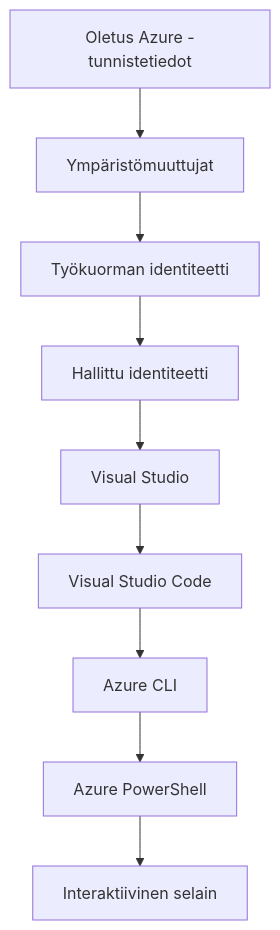
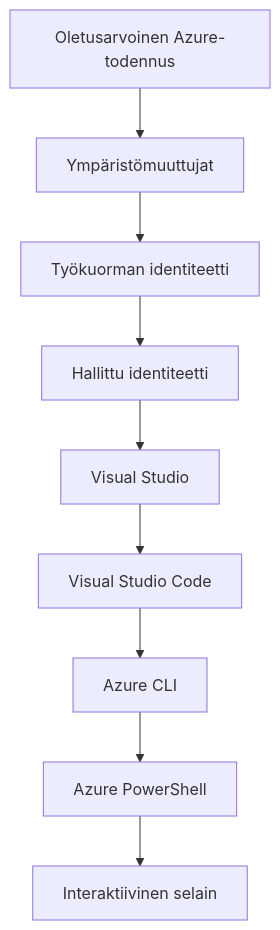
The second of 2 diagrams in translations/fi/docs/chapter-01-foundation/azd-basics.md (microsoft/AZD-for-beginners), drawn with Mermaid before and after one commit. The commit also changed other lines of this file and 101 other files, not shown here.

````diff
--- a/translations/fi/docs/chapter-01-foundation/azd-basics.md
+++ b/translations/fi/docs/chapter-01-foundation/azd-basics.md
@@ -591,11 +591,11 @@
 ```mermaid
 graph TD
-    A[Oletus Azure -tunnistetiedot] --> B[Ympäristömuuttujat]
+    A[Oletusarvoinen Azure-todennus] --> B[Ympäristömuuttujat]
     B --> C[Työkuorman identiteetti]
     C --> D[Hallittu identiteetti]
     D --> E[Visual Studio]
     E --> F[Visual Studio Code]
     F --> G[Azure CLI]
     G --> H[Azure PowerShell]
     H --> I[Interaktiivinen selain]
 ```
````
